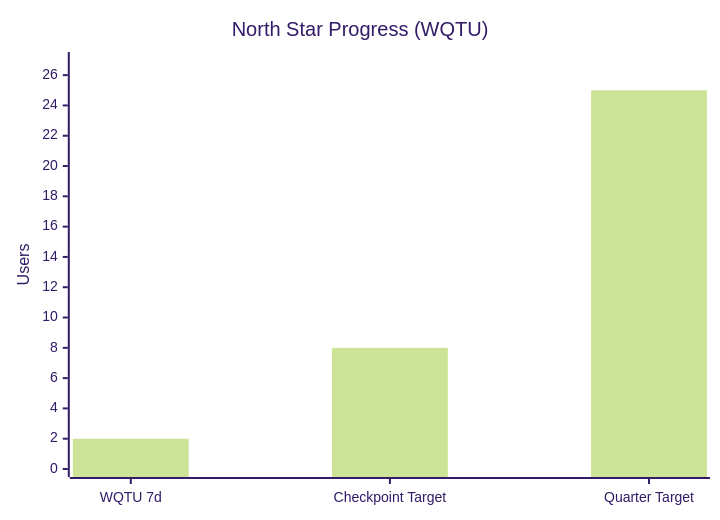
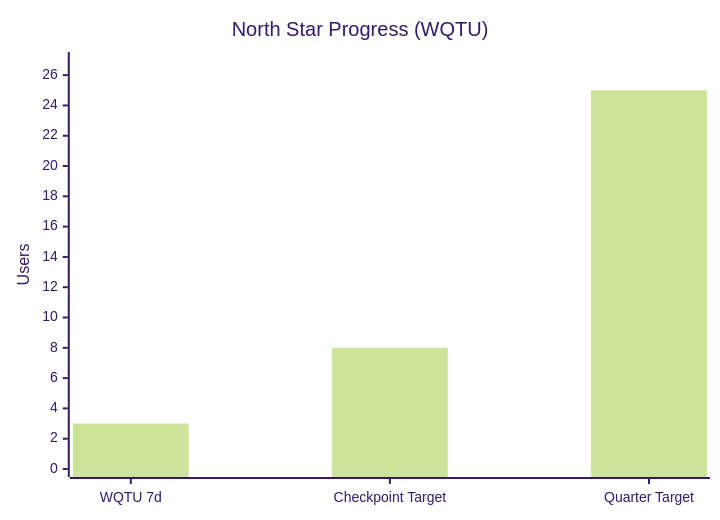
The second of 4 diagrams in wiki/Paid-Acquisition.md (IgorGanapolsky/Random-Timer), drawn with Mermaid (forest theme) before and after one commit. The commit also changed other lines of this file and 10 other files, not shown here.

````diff
--- a/wiki/Paid-Acquisition.md
+++ b/wiki/Paid-Acquisition.md
@@ -50,7 +50,7 @@
 ```mermaid
 xychart-beta
     title "North Star Progress (WQTU)"
     x-axis ["WQTU 7d" , "Checkpoint Target" , "Quarter Target"]
     y-axis "Users" 0 --> 27
-    bar [2 , 8 , 25]
+    bar [3 , 8 , 25]
 ```
````
